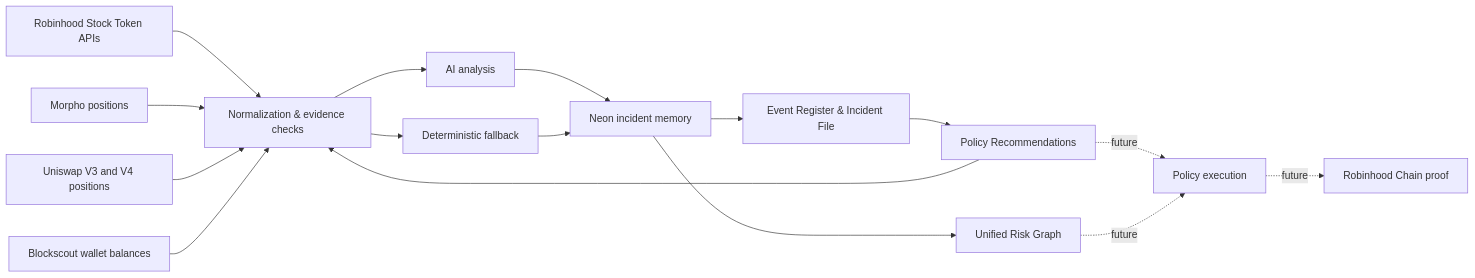
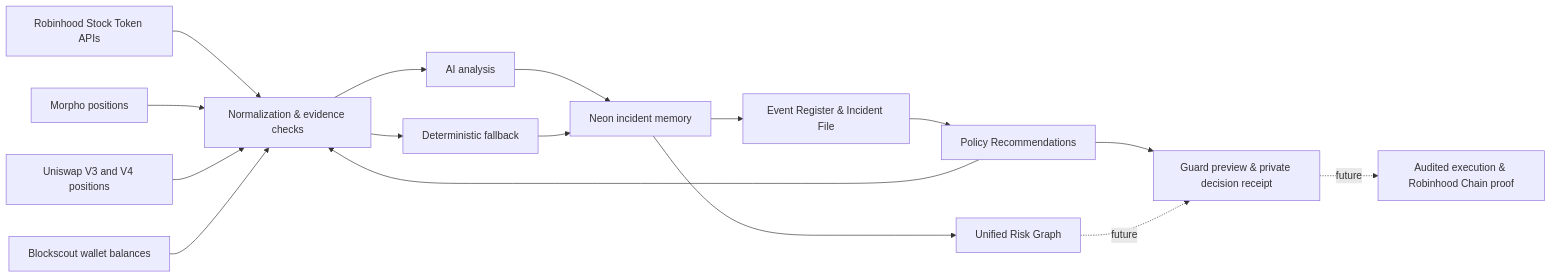
Before and after one commit to jiyu1337/mihari: the diagram in README.md, drawn with Mermaid. The commit also changed other lines of this file and 4 other files, not shown here.

````diff
--- a/README.md
+++ b/README.md
@@ -89,18 +92,18 @@
 ```mermaid
 flowchart LR
     A["Robinhood Stock Token APIs"] --> B["Normalization & evidence checks"]
     M["Morpho positions"] --> B
     U["Uniswap V3 and V4 positions"] --> B
     P["Arcus and Lighter perp positions"] --> B
     W["Blockscout wallet balances"] --> B
     B --> C["AI analysis"]
     B --> D["Deterministic fallback"]
     C --> E["Neon incident memory"]
     D --> E
     E --> F["Event Register & Incident File"]
     F --> P["Policy Recommendations"]
     E --> R["Unified Risk Graph"]
-    P -. future .-> G["Policy execution"]
+    P --> G["Guard preview & private decision receipt"]
     R -. future .-> G
-    G -. future .-> H["Robinhood Chain proof"]
+    G -. future .-> H["Audited execution & Robinhood Chain proof"]
 ```
````
